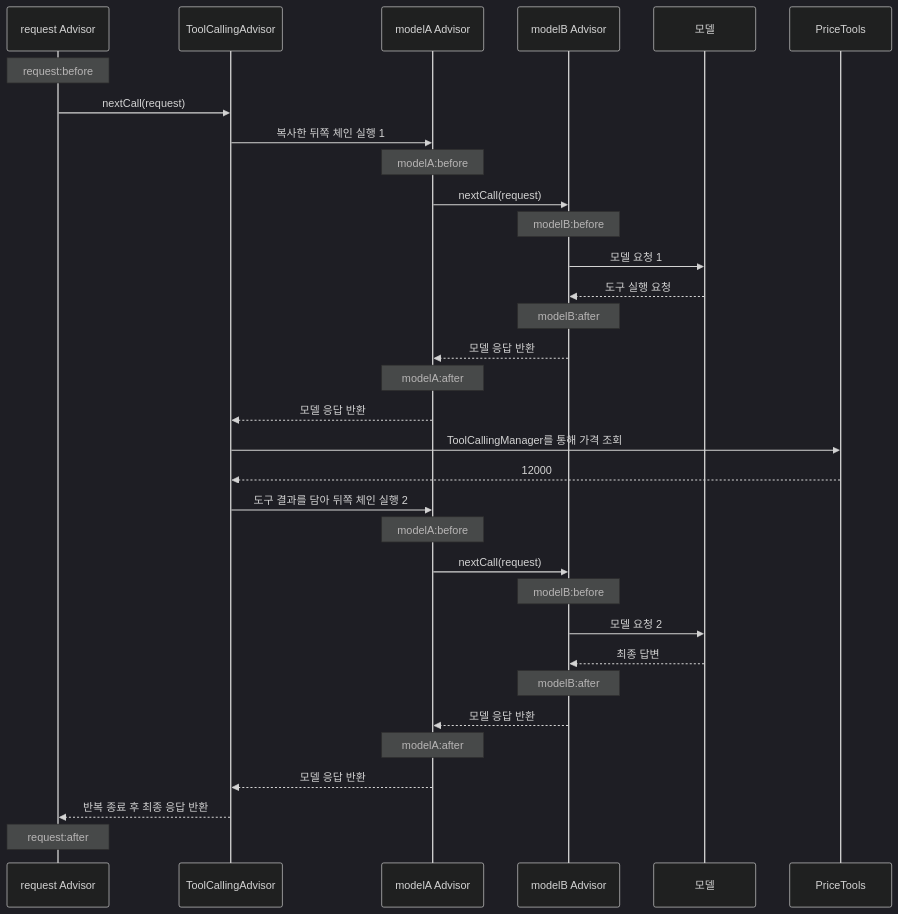
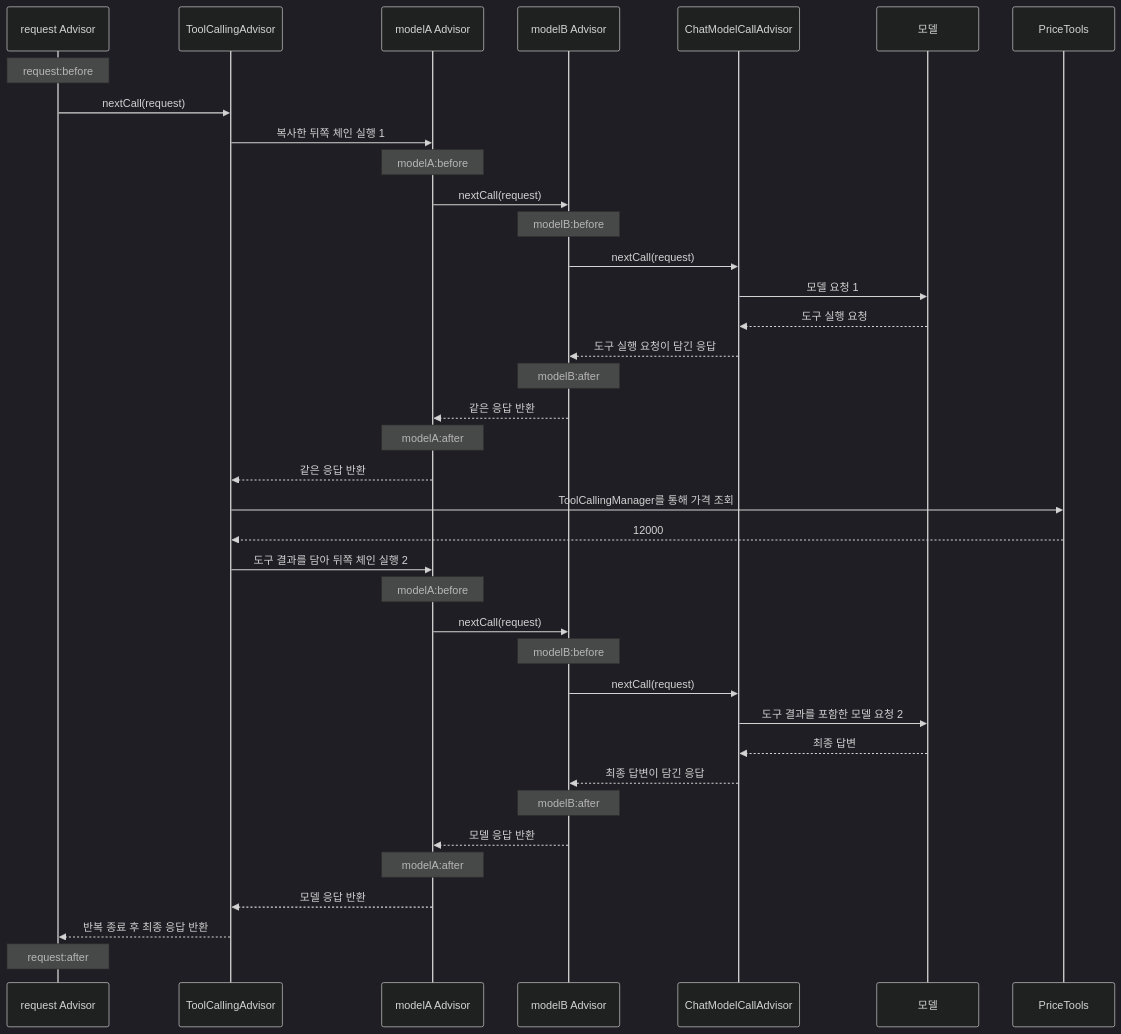
Before and after one commit to Justin-ad-Park/SpringShoppingAI: the diagram in Spring-AI-Agent-Learning/docs/lessons/08-advisors/07-tool-loop-order.md, drawn with Mermaid (dark theme). The commit also changed other lines of this file, not shown here.

First line of the commit message:
08-7 교재에 Advisor 체인의 실행 경계 설명 보강

````diff
--- a/Spring-AI-Agent-Learning/docs/lessons/08-advisors/07-tool-loop-order.md
+++ b/Spring-AI-Agent-Learning/docs/lessons/08-advisors/07-tool-loop-order.md
@@ -180,35 +182,40 @@
 ```mermaid
 sequenceDiagram
     participant R as request Advisor
     participant L as ToolCallingAdvisor
     participant A as modelA Advisor
     participant B as modelB Advisor
+    participant C as ChatModelCallAdvisor
     participant M as 모델
     participant T as PriceTools
     Note over R: request:before
     R->>L: nextCall(request)
     L->>A: 복사한 뒤쪽 체인 실행 1
     Note over A: modelA:before
     A->>B: nextCall(request)
     Note over B: modelB:before
-    B->>M: 모델 요청 1
-    M-->>B: 도구 실행 요청
+    B->>C: nextCall(request)
+    C->>M: 모델 요청 1
+    M-->>C: 도구 실행 요청
+    C-->>B: 도구 실행 요청이 담긴 응답
     Note over B: modelB:after
-    B-->>A: 모델 응답 반환
+    B-->>A: 같은 응답 반환
     Note over A: modelA:after
-    A-->>L: 모델 응답 반환
+    A-->>L: 같은 응답 반환
     L->>T: ToolCallingManager를 통해 가격 조회
     T-->>L: 12000
     L->>A: 도구 결과를 담아 뒤쪽 체인 실행 2
     Note over A: modelA:before
     A->>B: nextCall(request)
     Note over B: modelB:before
-    B->>M: 모델 요청 2
-    M-->>B: 최종 답변
+    B->>C: nextCall(request)
+    C->>M: 도구 결과를 포함한 모델 요청 2
+    M-->>C: 최종 답변
+    C-->>B: 최종 답변이 담긴 응답
     Note over B: modelB:after
     B-->>A: 모델 응답 반환
     Note over A: modelA:after
     A-->>L: 모델 응답 반환
     L-->>R: 반복 종료 후 최종 응답 반환
     Note over R: request:after
 ```
````
